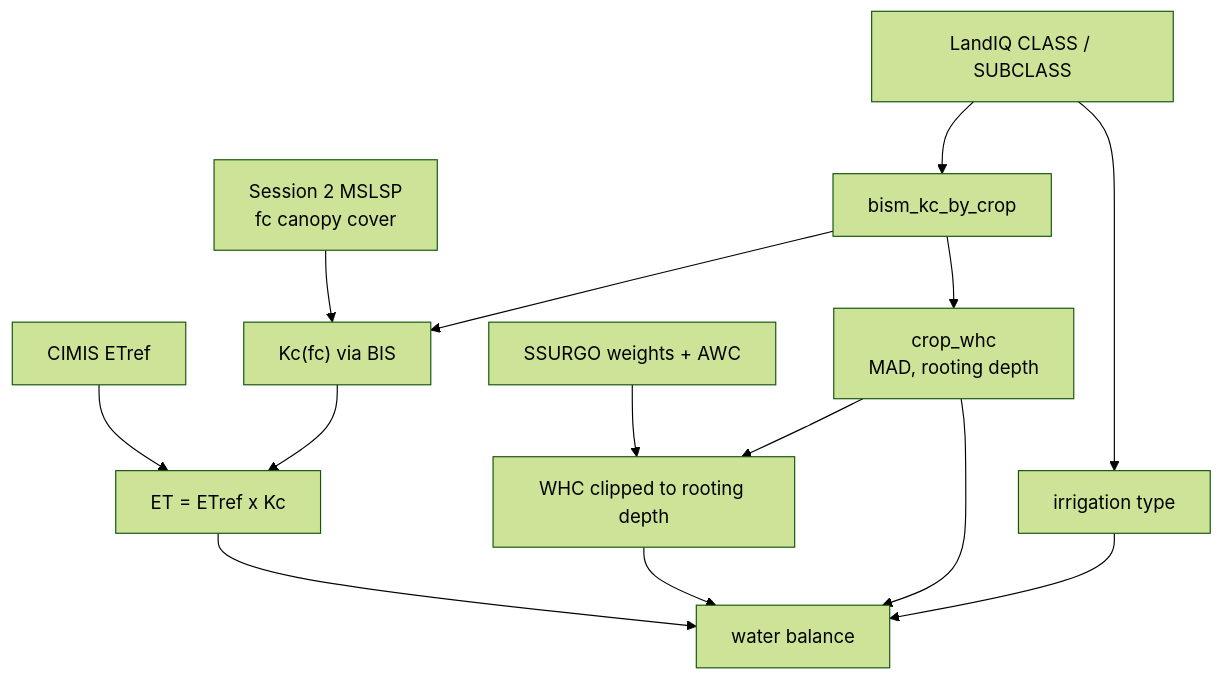
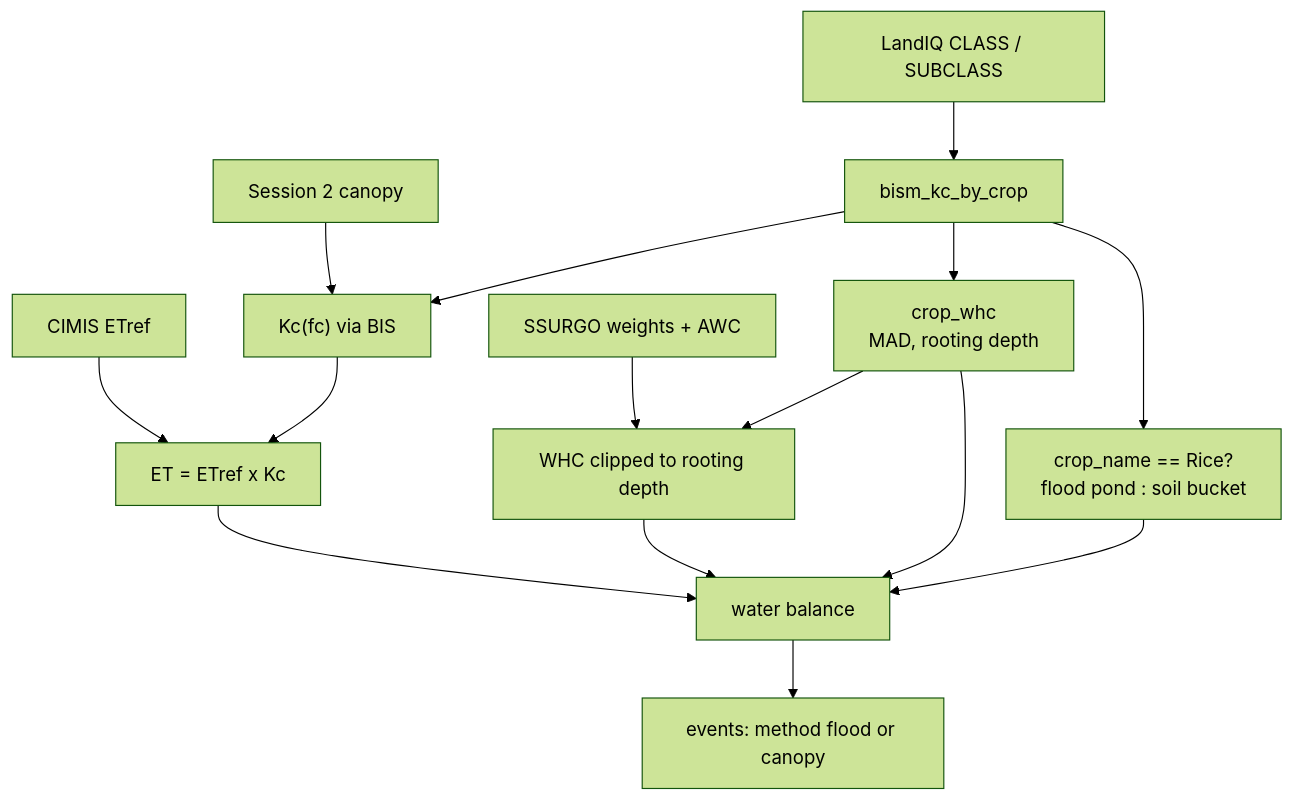
The fourth of 4 diagrams in modules/data.remote/inst/ccmmf/documentation/sessions/03-fertilizer-irrigation.md (PecanProject/pecan), drawn with Mermaid (forest theme) before and after one commit. The commit also changed other lines of this file, not shown here.

````diff
--- a/modules/data.remote/inst/ccmmf/documentation/sessions/03-fertilizer-irrigation.md
+++ b/modules/data.remote/inst/ccmmf/documentation/sessions/03-fertilizer-irrigation.md
@@ -352,16 +339,17 @@
 ```mermaid
 flowchart TD
   LIQ["LandIQ CLASS / SUBCLASS"] --> BISM["bism_kc_by_crop"]
-  LIQ --> ITYPE["irrigation type"]
   BISM --> WHCT["crop_whc\nMAD, rooting depth"]
-  CAN["Session 2 MSLSP\nfc canopy cover"] --> KC["Kc(fc) via BIS"]
+  BISM --> ROUTE["crop_name == Rice?\nflood pond : soil bucket"]
+  CAN["Session 2 canopy"] --> KC["Kc(fc) via BIS"]
   BISM --> KC
   CIMIS["CIMIS ETref"] --> ETC["ET = ETref x Kc"]
   KC --> ETC
   SS["SSURGO weights + AWC"] --> WHC["WHC clipped to rooting depth"]
   WHCT --> WHC
   ETC --> WB["water balance"]
   WHC --> WB
   WHCT --> WB
-  ITYPE --> WB
+  ROUTE --> WB
+  WB --> EVT["events: method flood or canopy"]
 ```
````
